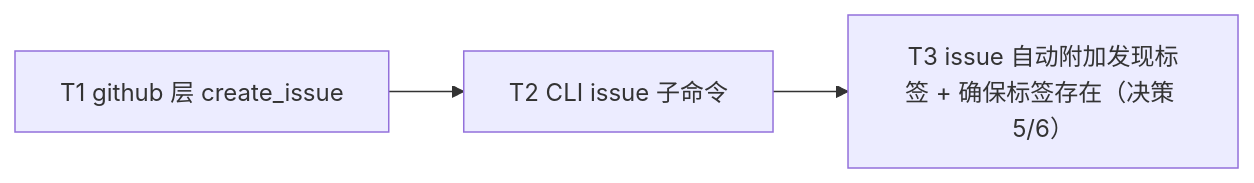
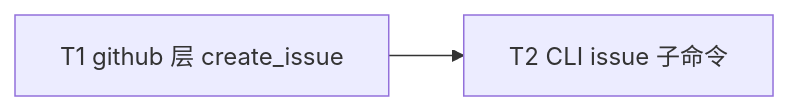
One commit to Curry09/OpenAgents changed the fourth of 39 diagrams in docs/specs/OVERVIEW.md. Above: the diagram before and after it, drawn with Mermaid. The commit also changed other lines of this file and 20 other files, not shown here.

````diff
--- a/docs/specs/OVERVIEW.md
+++ b/docs/specs/OVERVIEW.md
@@ -436,8 +430,6 @@
 ```mermaid
 graph LR
     nT1["T1 github 层 create_issue"]
     nT2["T2 CLI issue 子命令"]
-    nT3["T3 issue 自动附加发现标签 + 确保标签存在（决策 5/6）"]
     nT1 --> nT2
-    nT2 --> nT3
 ```
````
